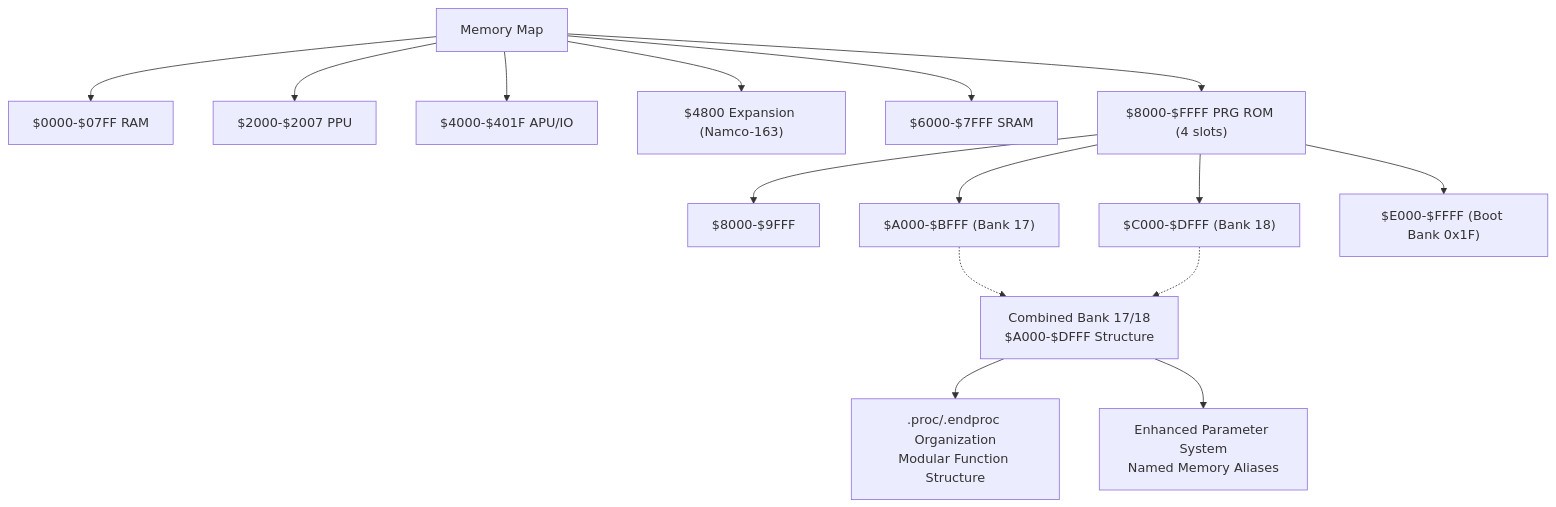
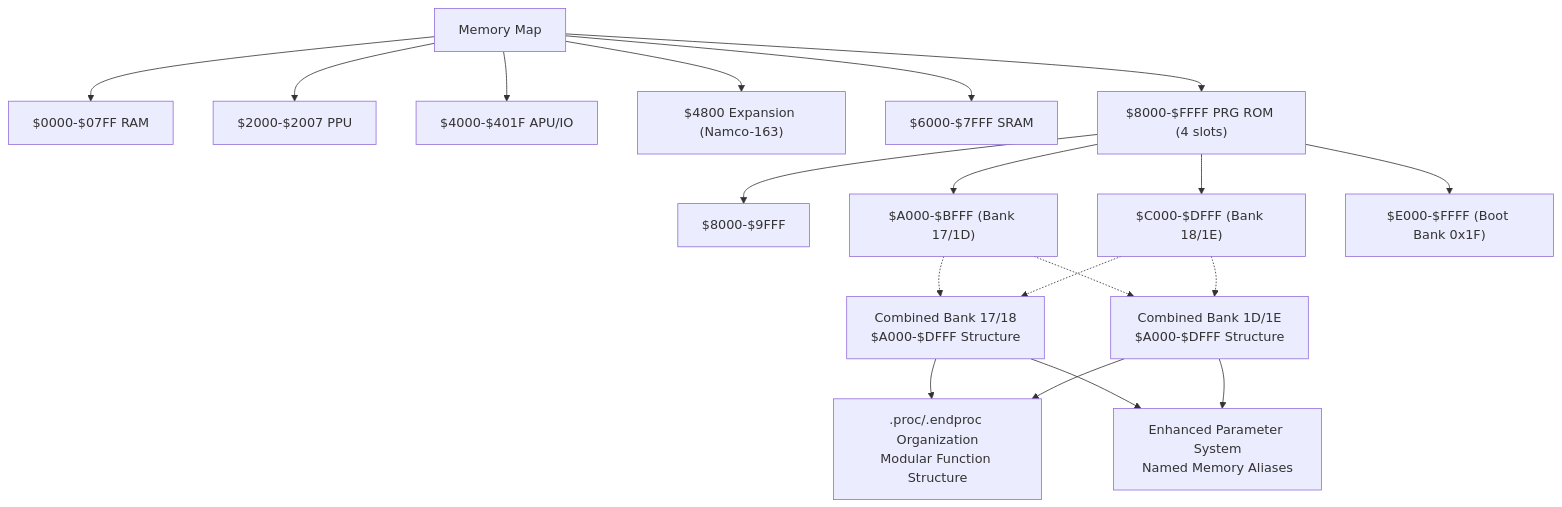
One commit to rabbyzero/sango2dasm changed the third of 11 diagrams in .qoder/repowiki/en/content/Assembly Architecture/Assembly Architecture.md. Above: the diagram before and after it, drawn with Mermaid. The commit also changed other lines of this file and 15 other files, not shown here.

````diff
--- a/.qoder/repowiki/en/content/Assembly Architecture/Assembly Architecture.md
+++ b/.qoder/repowiki/en/content/Assembly Architecture/Assembly Architecture.md
@@ -185,20 +214,25 @@
 ```mermaid
 flowchart TD
 MEM["Memory Map"] --> RAM["$0000-$07FF RAM"]
 MEM --> PPUREG["$2000-$2007 PPU"]
 MEM --> IOREG["$4000-$401F APU/IO"]
 MEM --> EXPROM["$4800 Expansion (Namco-163)"]
 MEM --> SRAM["$6000-$7FFF SRAM"]
 MEM --> PRG["$8000-$FFFF PRG ROM (4 slots)"]
 PRG --> SLOT0["$8000-$9FFF"]
-PRG --> SLOT1["$A000-$BFFF (Bank 17)"]
-PRG --> SLOT2["$C000-$DFFF (Bank 18)"]
+PRG --> SLOT1["$A000-$BFFF (Bank 17/1D)"]
+PRG --> SLOT2["$C000-$DFFF (Bank 18/1E)"]
 PRG --> SLOT3["$E000-$FFFF (Boot Bank 0x1F)"]
-COMBINED["Combined Bank 17/18<br/>$A000-$DFFF Structure"]
-SLOT1 -.-> COMBINED
-SLOT2 -.-> COMBINED
+COMBINED17_18["Combined Bank 17/18<br/>$A000-$DFFF Structure"]
+COMBINED1D_1E["Combined Bank 1D/1E<br/>$A000-$DFFF Structure"]
+SLOT1 -.-> COMBINED17_18
+SLOT1 -.-> COMBINED1D_1E
+SLOT2 -.-> COMBINED17_18
+SLOT2 -.-> COMBINED1D_1E
 PROC[".proc/.endproc Organization<br/>Modular Function Structure"]
 PARAMSYS["Enhanced Parameter System<br/>Named Memory Aliases"]
-COMBINED --> PROC
-COMBINED --> PARAMSYS
+COMBINED17_18 --> PROC
+COMBINED17_18 --> PARAMSYS
+COMBINED1D_1E --> PROC
+COMBINED1D_1E --> PARAMSYS
 ```
````
